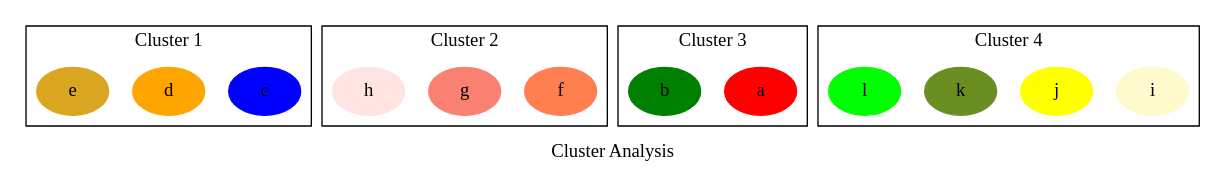
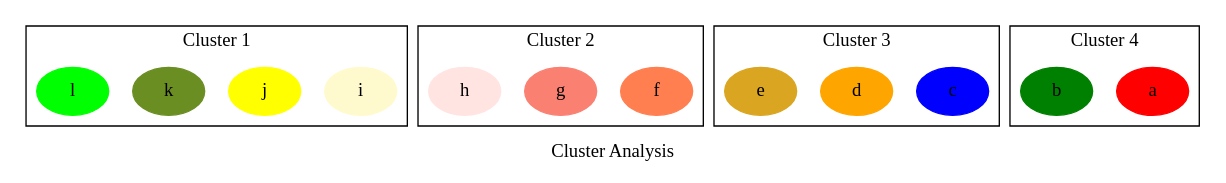
The diagram in data/path.set.01.out.gv (graphviz-perl/GraphViz2-Marpa-PathUtils), drawn with Graphviz before and after one commit. The commit also changed other lines of this file and 2 other files, not shown here.

```diff
--- a/data/path.set.01.out.gv
+++ b/data/path.set.01.out.gv
@@ -1,40 +1,40 @@
 strict digraph "Cluster Analysis"
 {
 graph [ label="Cluster Analysis" rankdir="TB" ]
 
 subgraph "cluster 1"
 {
 graph [ label="Cluster 1" rankdir="TB" ]
 
-"c" [ color="blue" style="filled" ]
-"d" [ color="orange" style="filled" ]
-"e" [ color="goldenrod" style="filled" ]
+"i" [ color="lemonchiffon" style="filled" ]
+"j" [ color="yellow" style="filled" ]
+"k" [ color="olivedrab" style="filled" ]
+"l" [ color="lime" style="filled" ]
 }
 
 subgraph "cluster 2"
 {
 graph [ label="Cluster 2" rankdir="TB" ]
 
 "f" [ color="coral" style="filled" ]
 "g" [ color="salmon" style="filled" ]
 "h" [ color="mistyrose" style="filled" ]
 }
 
 subgraph "cluster 3"
 {
 graph [ label="Cluster 3" rankdir="TB" ]
 
-"a" [ color="red" style="filled" ]
-"b" [ color="green" style="filled" ]
+"c" [ color="blue" style="filled" ]
+"d" [ color="orange" style="filled" ]
+"e" [ color="goldenrod" style="filled" ]
 }
 
 subgraph "cluster 4"
 {
 graph [ label="Cluster 4" rankdir="TB" ]
 
-"i" [ color="lemonchiffon" style="filled" ]
-"j" [ color="yellow" style="filled" ]
-"k" [ color="olivedrab" style="filled" ]
-"l" [ color="lime" style="filled" ]
+"a" [ color="red" style="filled" ]
+"b" [ color="green" style="filled" ]
 }
 }
```
